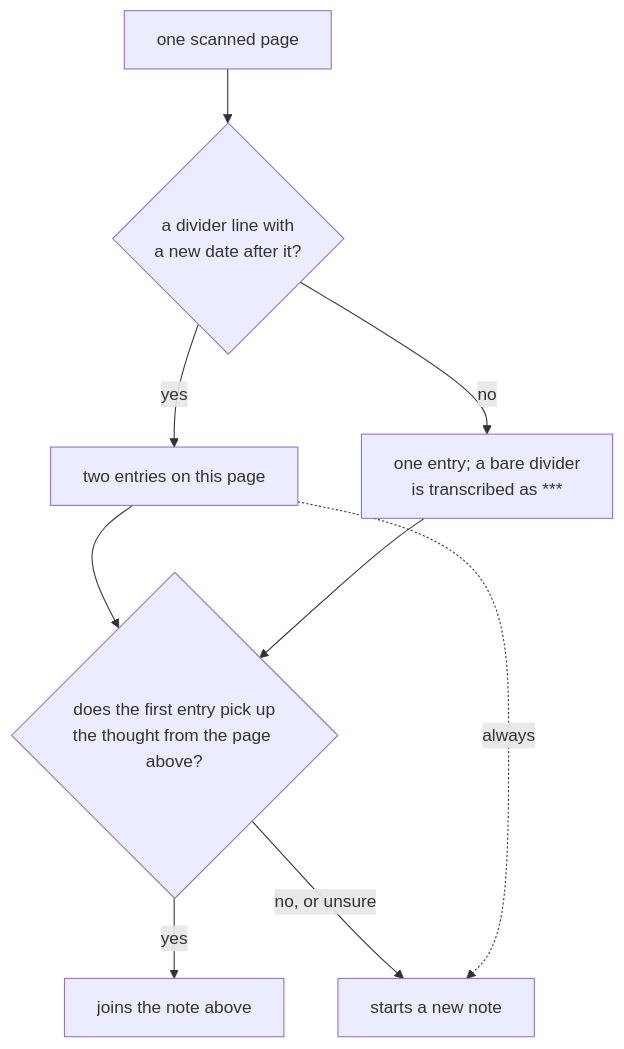
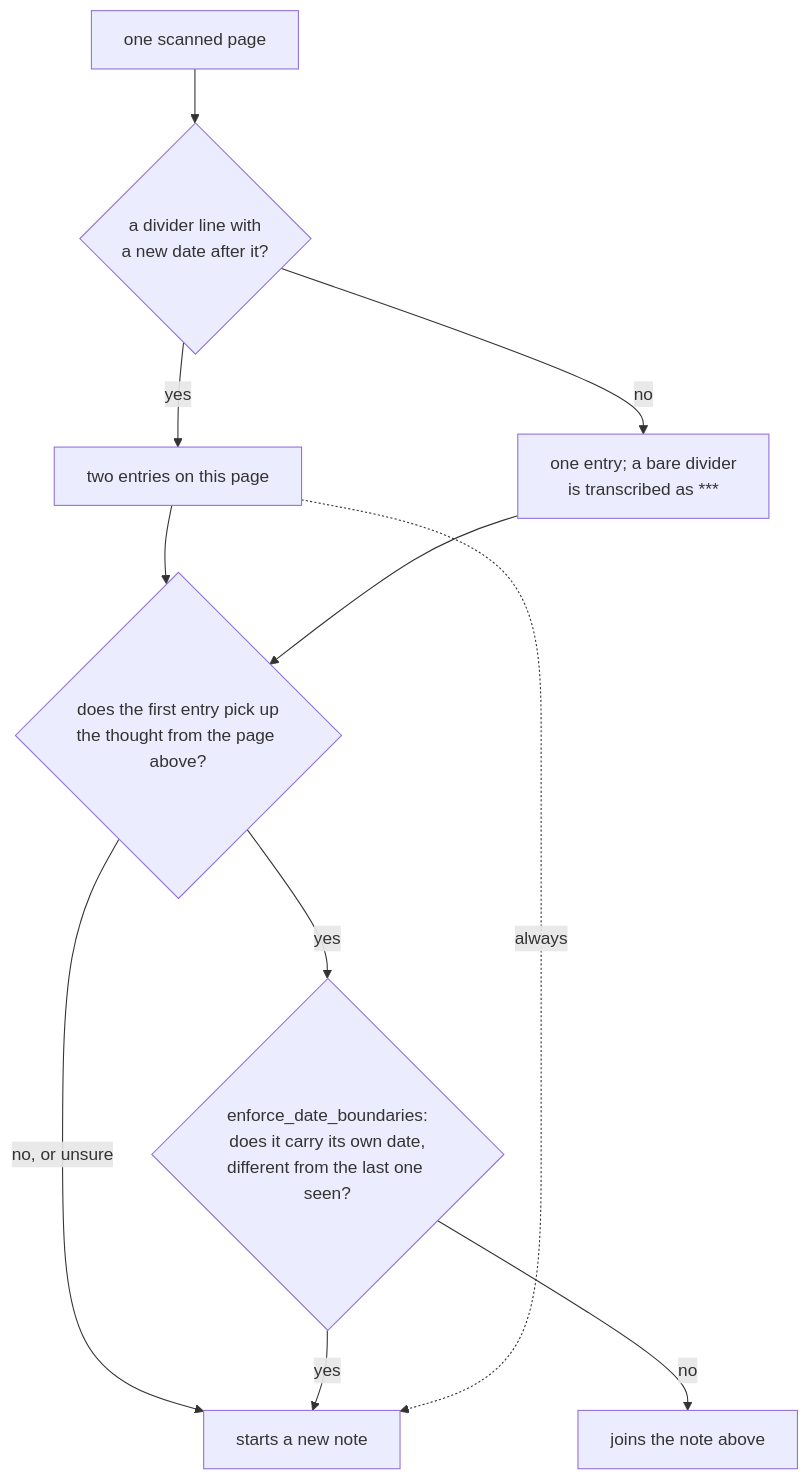
The third of 4 diagrams in WORKFLOW.md (leif-niehe/scan-notes), drawn with Mermaid before and after one commit. The commit also changed other lines of this file and 2 other files, not shown here.

First line of the commit message:
Add a hard rule: a dated entry never joins a different date

````diff
--- a/WORKFLOW.md
+++ b/WORKFLOW.md
@@ -63,11 +63,13 @@
 ```mermaid
 flowchart TD
     A["one scanned page"] --> B{"a divider line with<br/>a new date after it?"}
     B -->|"yes"| C["two entries on this page"]
     B -->|"no"| D["one entry; a bare divider<br/>is transcribed as ***"]
     C --> E{"does the first entry pick up<br/>the thought from the page above?"}
     D --> E
-    E -->|"yes"| F["joins the note above"]
+    E -->|"yes"| H{"enforce_date_boundaries:<br/>does it carry its own date,<br/>different from the last one seen?"}
     E -->|"no, or unsure"| G["starts a new note"]
+    H -->|"yes"| G
+    H -->|"no"| F["joins the note above"]
     C -.->|"always"| G
 ```
````
